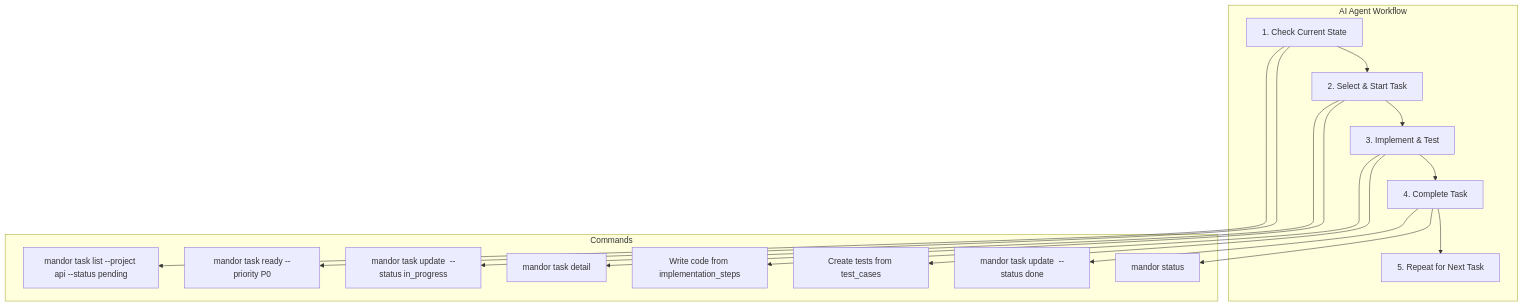
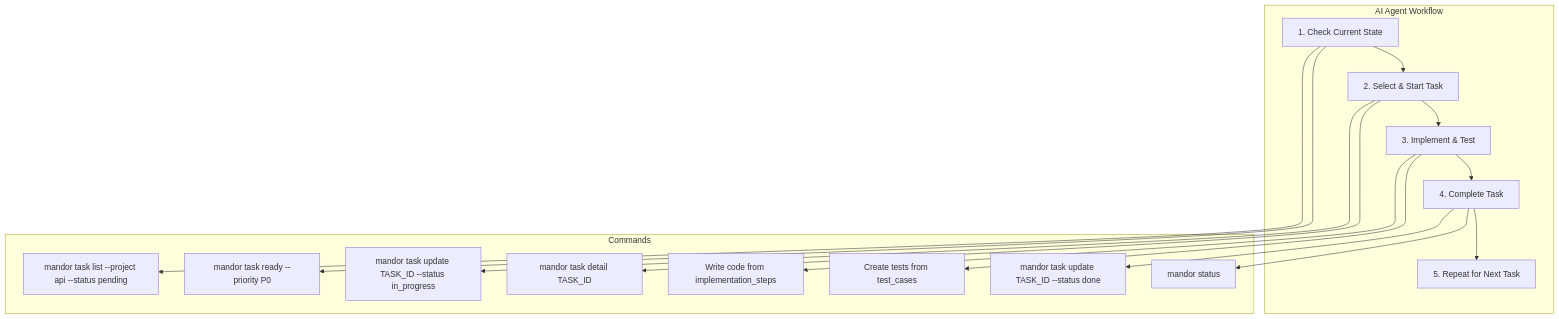
One commit to sanxzy/mandor changed the seventh of 8 diagrams in README.md. Above: the diagram before and after it, drawn with Mermaid. The commit also changed other lines of this file, not shown here.

Commit message:
fix: remove angle brackets from Mermaid diagrams for GitHub compatibility
Angle brackets < > in Mermaid node labels cause parsing errors in GitHub.
Replaced:
- projects/<id>/ -> projects/PROJECT_ID/
- <id> in command examples -> TASK_ID

````diff
--- a/README.md
+++ b/README.md
@@ -225,32 +225,32 @@
 ```mermaid
 flowchart TB
     subgraph Workflow["AI Agent Workflow"]
         A["1. Check Current State"]
         B["2. Select & Start Task"]
         C["3. Implement & Test"]
         D["4. Complete Task"]
         E["5. Repeat for Next Task"]
 
         A --> B --> C --> D --> E
     end
 
     subgraph Commands["Commands"]
         C1["mandor task list --project api --status pending"]
         C2["mandor task ready --priority P0"]
-        C3["mandor task update <id> --status in_progress"]
-        C4["mandor task detail <id>"]
+        C3["mandor task update TASK_ID --status in_progress"]
+        C4["mandor task detail TASK_ID"]
         C5["Write code from implementation_steps"]
         C6["Create tests from test_cases"]
-        C7["mandor task update <id> --status done"]
+        C7["mandor task update TASK_ID --status done"]
         C8["mandor status"]
     end
 
     A --> C1
     A --> C2
     B --> C3
     B --> C4
     C --> C5
     C --> C6
     D --> C7
     D --> C8
 ```
````
